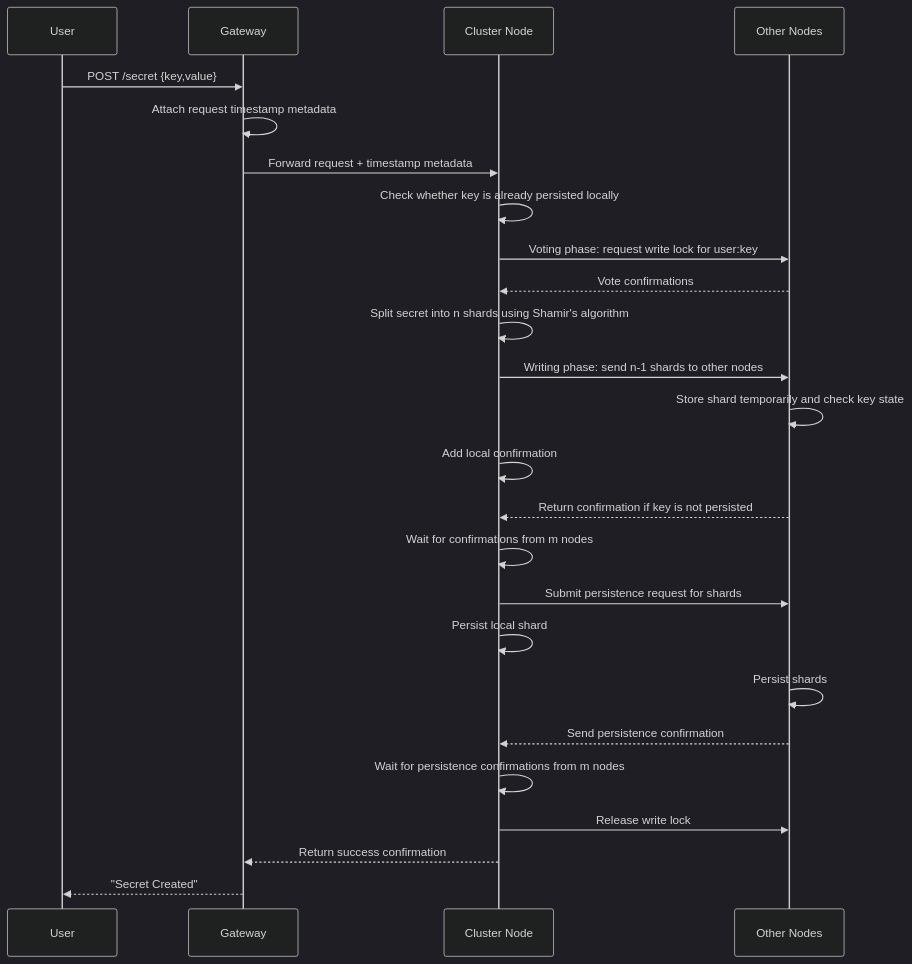
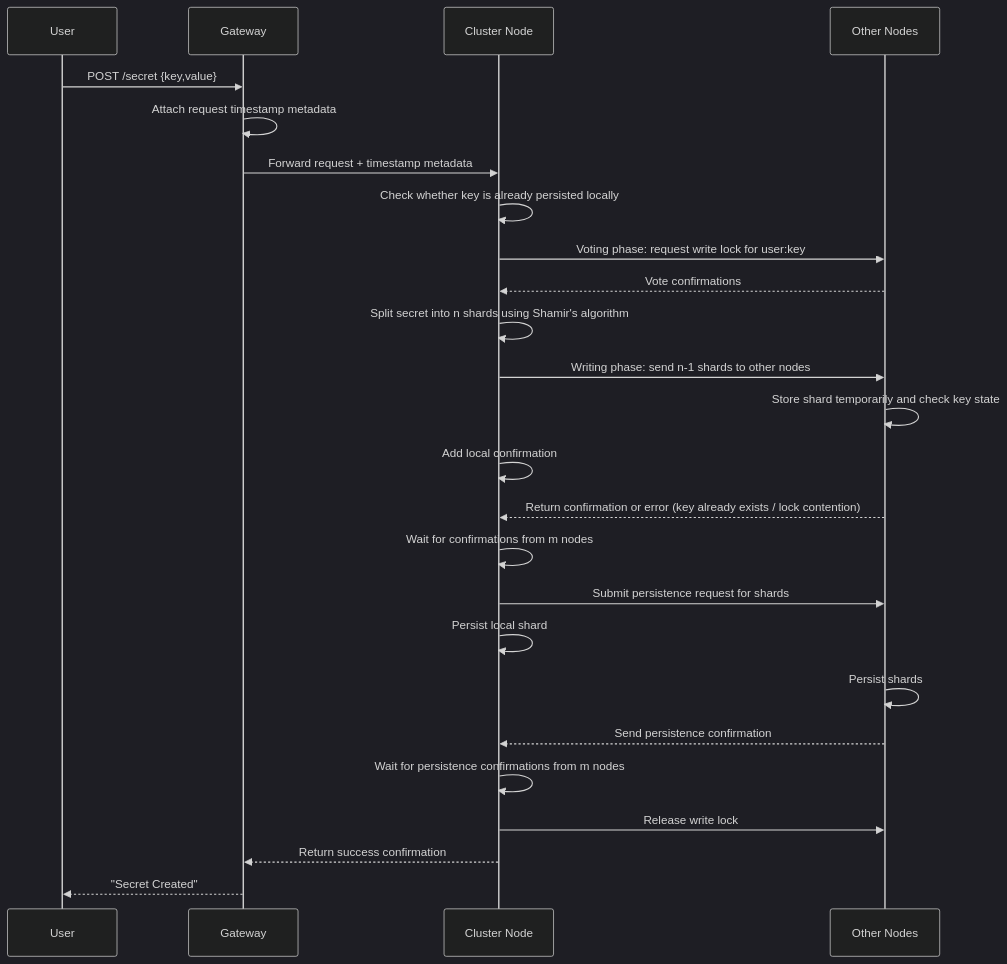
The first of 2 diagrams in docs/crud/create.md (S26-Distributed-Capstone/DistributedSecretsVault), drawn with Mermaid (dark theme) before and after one commit. The commit also changed 2 other files, not shown here.

Commit message:
docs: address review feedback on create flow and condense challenges
Agent-Logs-Url: https://github.com/S26-Distributed-Capstone/DistributedSecretsVault/sessions/a6879581-a522-43b5-bb2f-96d2309cb18d

````diff
--- a/docs/crud/create.md
+++ b/docs/crud/create.md
@@ -36,27 +36,27 @@
 ```mermaid
 sequenceDiagram
     participant User
     participant Gateway
     participant Node as Cluster Node
     participant Peers as Other Nodes
     User->>Gateway: POST /secret {key,value}
     Gateway->>Gateway: Attach request timestamp metadata
     Gateway->>Node: Forward request + timestamp metadata
     Node->>Node: Check whether key is already persisted locally
     Node->>Peers: Voting phase: request write lock for user:key
     Peers-->>Node: Vote confirmations
     Node->>Node: Split secret into n shards using Shamir's algorithm
     Node->>Peers: Writing phase: send n-1 shards to other nodes
     Peers->>Peers: Store shard temporarily and check key state
     Node->>Node: Add local confirmation
-    Peers-->>Node: Return confirmation if key is not persisted
+    Peers-->>Node: Return confirmation or error (key already exists / lock contention)
     Node->>Node: Wait for confirmations from m nodes
     Node->>Peers: Submit persistence request for shards
     Node->>Node: Persist local shard
     Peers->>Peers: Persist shards
     Peers-->>Node: Send persistence confirmation
     Node->>Node: Wait for persistence confirmations from m nodes
     Node->>Peers: Release write lock
     Node-->>Gateway: Return success confirmation
     Gateway-->>User: "Secret Created"
 ```
````
